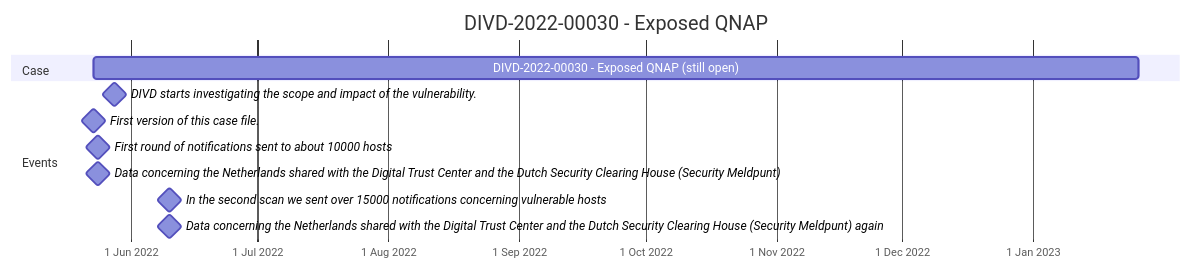
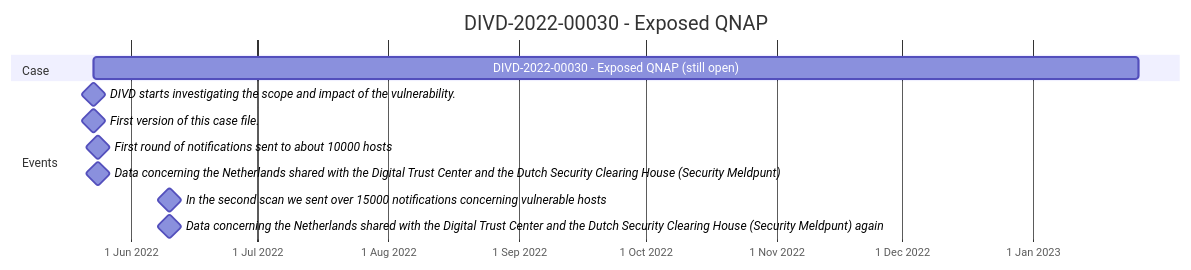
The diagram in _reports/confluence.md (DIVD-NL/web-www), drawn with Mermaid before and after one commit. The commit also changed other lines of this file, not shown here.

Commit message:
Update from Forestry.io Gerard  Janssen updated _reports/confluence.md

```diff
--- a/_reports/confluence.md
+++ b/_reports/confluence.md
@@ -62,15 +62,15 @@
 <div class="mermaid">
 	gantt
 	    title DIVD-2022-00030 - Exposed QNAP
 	    dateFormat  YYYY-MM-DD
 	    axisFormat  %e %b %Y
 	    section Case
 	    DIVD-2022-00030 - Exposed QNAP (still open)           :2022-05-23, 2023-01-26
 	    section Events
-		DIVD starts investigating the scope and impact of the vulnerability. :  milestone, 2022-05-23, 10d
+		DIVD starts investigating the scope and impact of the vulnerability. :  milestone, 2022-05-23, 0d
 				First version of this case file. :  milestone, 2022-05-23, 0d
 				First round of notifications sent to about 10000 hosts :  milestone, 2022-05-24, 0d
 				Data concerning the Netherlands shared with the Digital Trust Center and the Dutch Security Clearing House (Security Meldpunt) :  milestone, 2022-05-24, 0d
 				In the second scan we sent over 15000 notifications concerning vulnerable hosts :  milestone, 2022-06-10, 0d
 				Data concerning the Netherlands shared with the Digital Trust Center and the Dutch Security Clearing House (Security Meldpunt) again :  milestone, 2022-06-10, 0d
 				</div>
```
